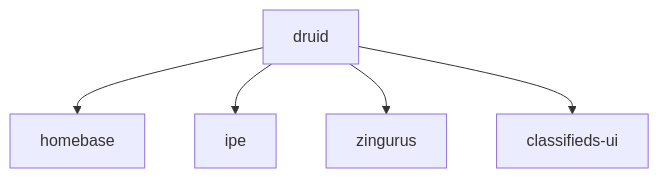
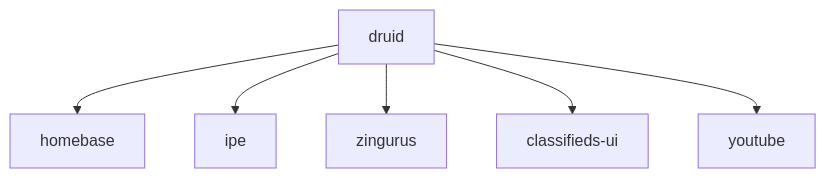
One commit to rollthecloudinc/quell changed the diagram in architecture/ecosystem/README.md. Above: the diagram before and after it, drawn with Mermaid. The commit also changed other lines of this file, not shown here.

````diff
--- a/architecture/ecosystem/README.md
+++ b/architecture/ecosystem/README.md
@@ -4,7 +4,8 @@
 ```mermaid
 flowchart TB
 druid-->homebase[homebase]
 druid[druid]-->ipe[ipe];
 druid-->zingurus[zingurus]
 druid-->classifieds-ui[classifieds-ui]
+druid-->youtube
 ```
````
